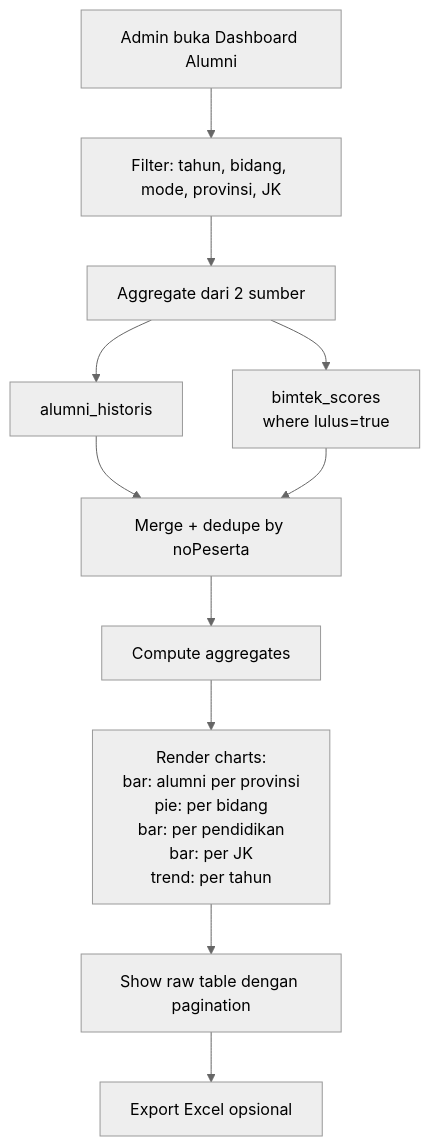
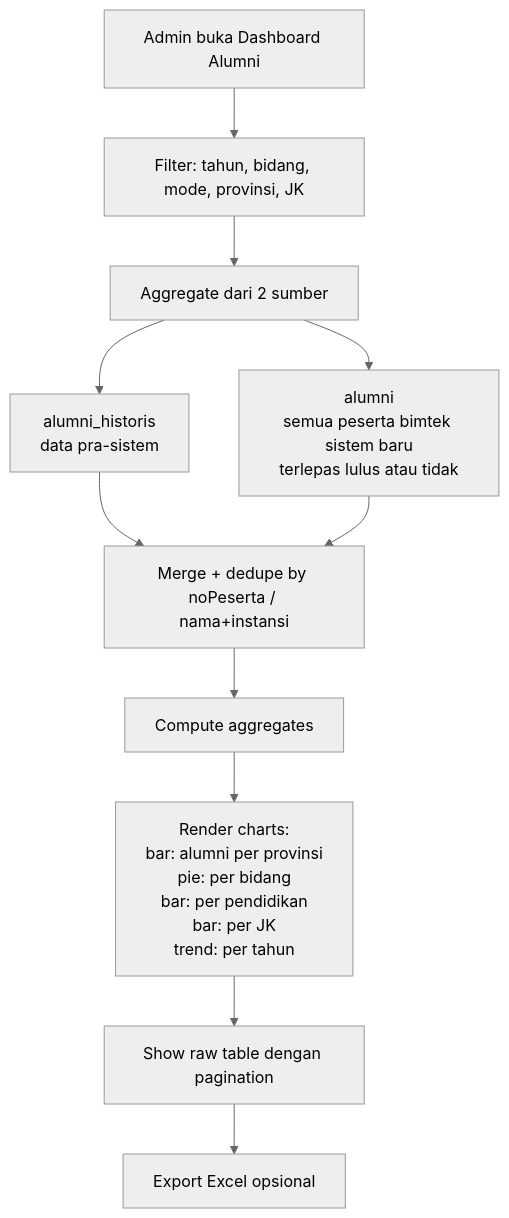
Before and after one commit to btam-bimtek/btam-system: the sixth of 7 diagrams in docs/OPUSPLAN_20APR2026.md, drawn with Mermaid (neutral theme). The commit also changed other lines of this file and 7 other files, not shown here.

````diff
--- a/docs/OPUSPLAN_20APR2026.md
+++ b/docs/OPUSPLAN_20APR2026.md
@@ -1994,13 +2053,13 @@
 ```mermaid
 flowchart TD
     A[Admin buka Dashboard Alumni] --> B[Filter: tahun, bidang, mode, provinsi, JK]
     B --> C[Aggregate dari 2 sumber]
-    C --> D[alumni_historis]
-    C --> E[bimtek_scores<br/>where lulus=true]
-    D --> F[Merge + dedupe by noPeserta]
+    C --> D[alumni_historis<br/>data pra-sistem]
+    C --> E[alumni<br/>semua peserta bimtek sistem baru<br/>terlepas lulus atau tidak]
+    D --> F[Merge + dedupe by noPeserta / nama+instansi]
     E --> F
     F --> G[Compute aggregates]
     G --> H[Render charts:<br/>bar: alumni per provinsi<br/>pie: per bidang<br/>bar: per pendidikan<br/>bar: per JK<br/>trend: per tahun]
     H --> I[Show raw table dengan pagination]
     I --> J[Export Excel opsional]
 ```
````
